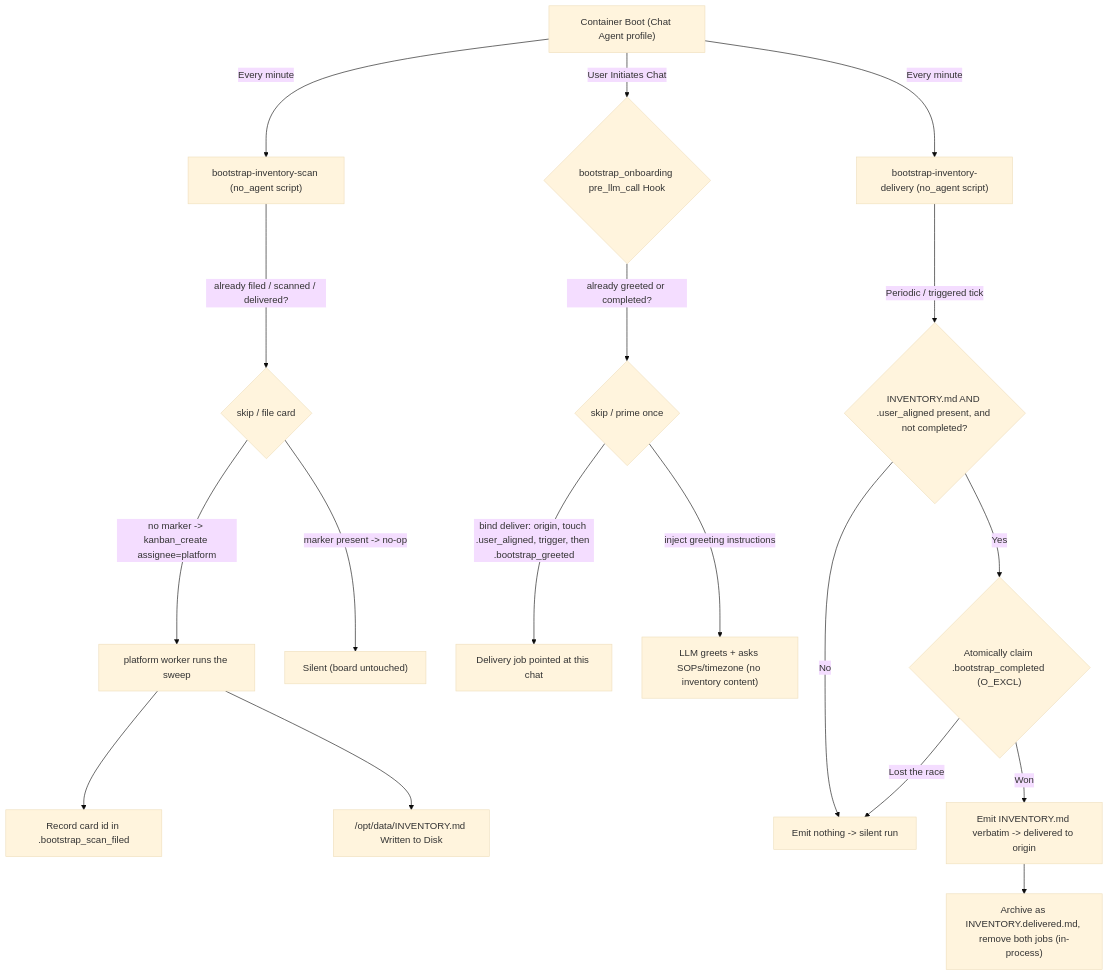
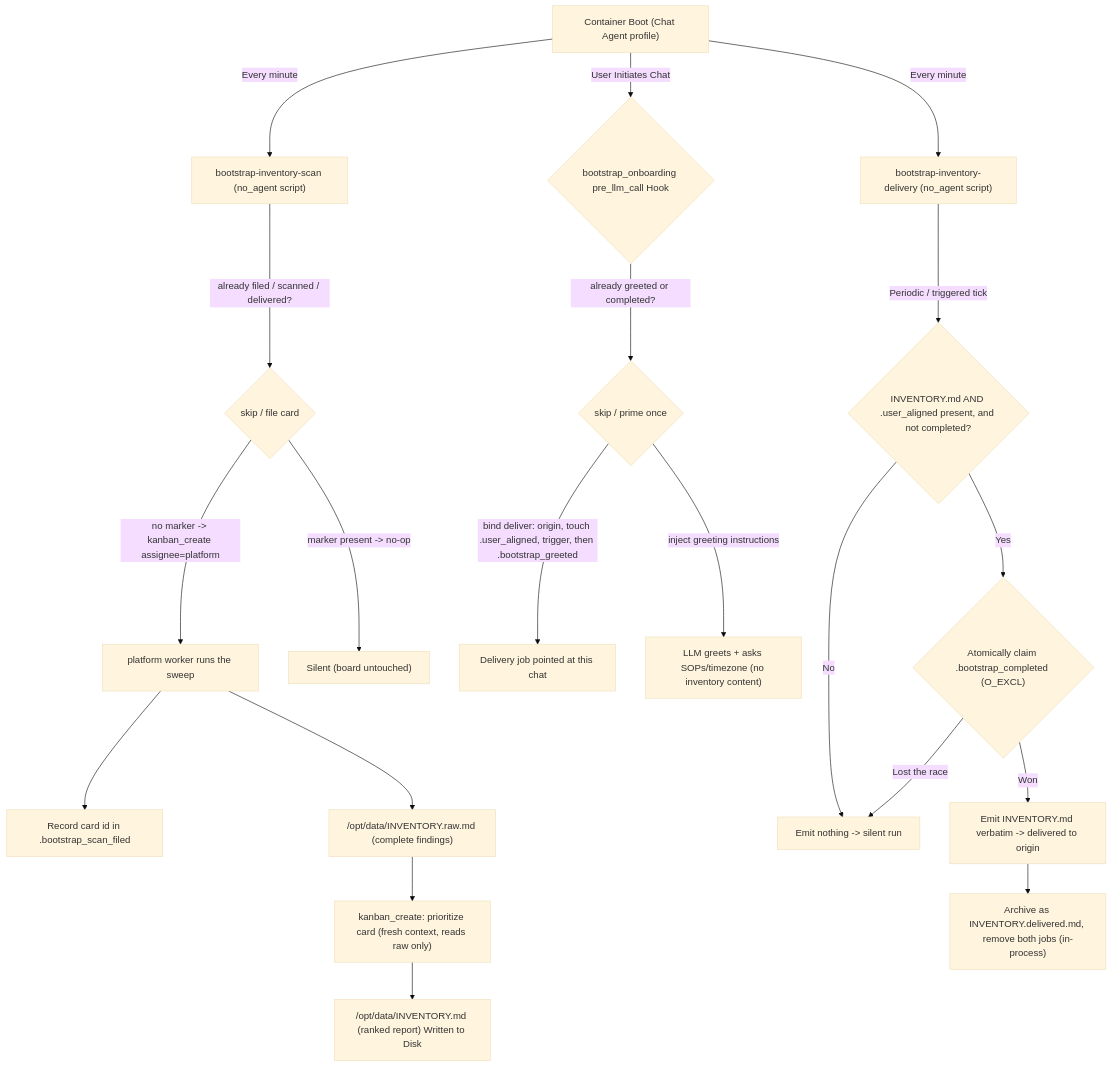
Before and after one commit to gke-labs/kube-agents: the first of 3 diagrams in agents/chat/defaults/plugins/bootstrap_onboarding/README.md, drawn with Mermaid (base theme). The commit also changed other lines of this file and 11 other files, not shown here.

````diff
--- a/agents/chat/defaults/plugins/bootstrap_onboarding/README.md
+++ b/agents/chat/defaults/plugins/bootstrap_onboarding/README.md
@@ -44,23 +49,25 @@
 ```mermaid
 graph TD
     A["Container Boot (Chat Agent profile)"] -->|Every minute| B["bootstrap-inventory-scan (no_agent script)"]
     A -->|Every minute| C["bootstrap-inventory-delivery (no_agent script)"]
     A -->|User Initiates Chat| D{"bootstrap_onboarding pre_llm_call Hook"}
 
     B -->|already filed / scanned / delivered?| B2{"skip / file card"}
     B2 -->|no marker -> kanban_create assignee=platform| P["platform worker runs the sweep"]
     P --> PM["Record card id in .bootstrap_scan_filed"]
-    P --> E["/opt/data/INVENTORY.md Written to Disk"]
+    P --> R["/opt/data/INVENTORY.raw.md (complete findings)"]
+    R --> Q["kanban_create: prioritize card (fresh context, reads raw only)"]
+    Q --> E["/opt/data/INVENTORY.md (ranked report) Written to Disk"]
     B2 -->|marker present -> no-op| F["Silent (board untouched)"]
 
     D -->|already greeted or completed?| DG{"skip / prime once"}
     DG -->|bind deliver: origin, touch .user_aligned, trigger, then .bootstrap_greeted| G["Delivery job pointed at this chat"]
     DG -->|inject greeting instructions| H["LLM greets + asks SOPs/timezone (no inventory content)"]
 
     C -->|Periodic / triggered tick| I{"INVENTORY.md AND .user_aligned present, and not completed?"}
     I -->|No| J["Emit nothing -> silent run"]
     I -->|Yes| CL{"Atomically claim .bootstrap_completed (O_EXCL)"}
     CL -->|Lost the race| J
     CL -->|Won| K["Emit INVENTORY.md verbatim -> delivered to origin"]
     K --> L["Archive as INVENTORY.delivered.md, remove both jobs (in-process)"]
 ```
````
